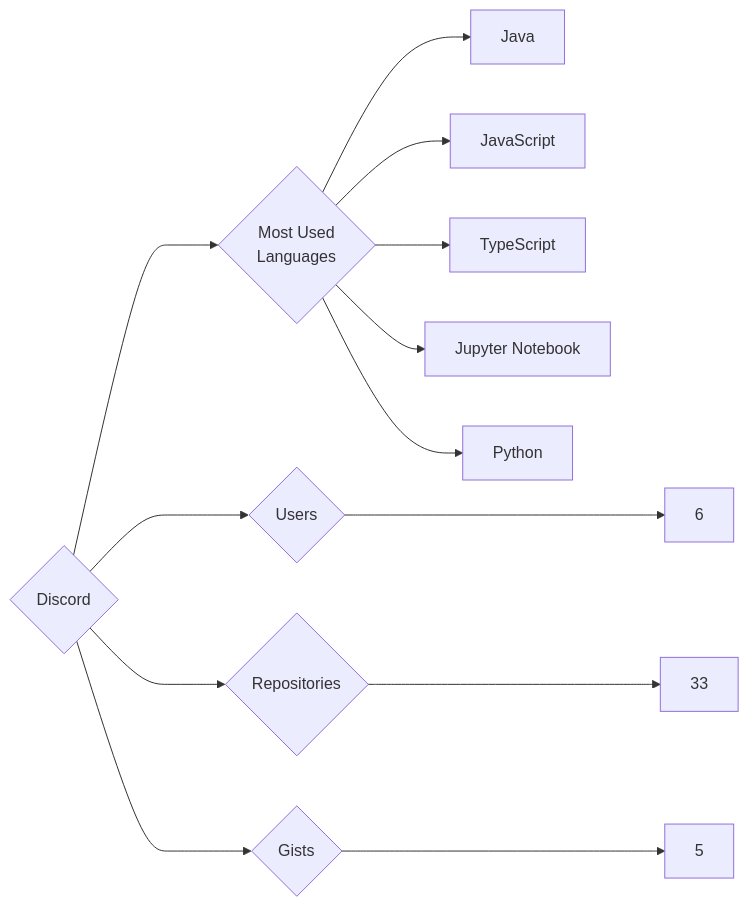
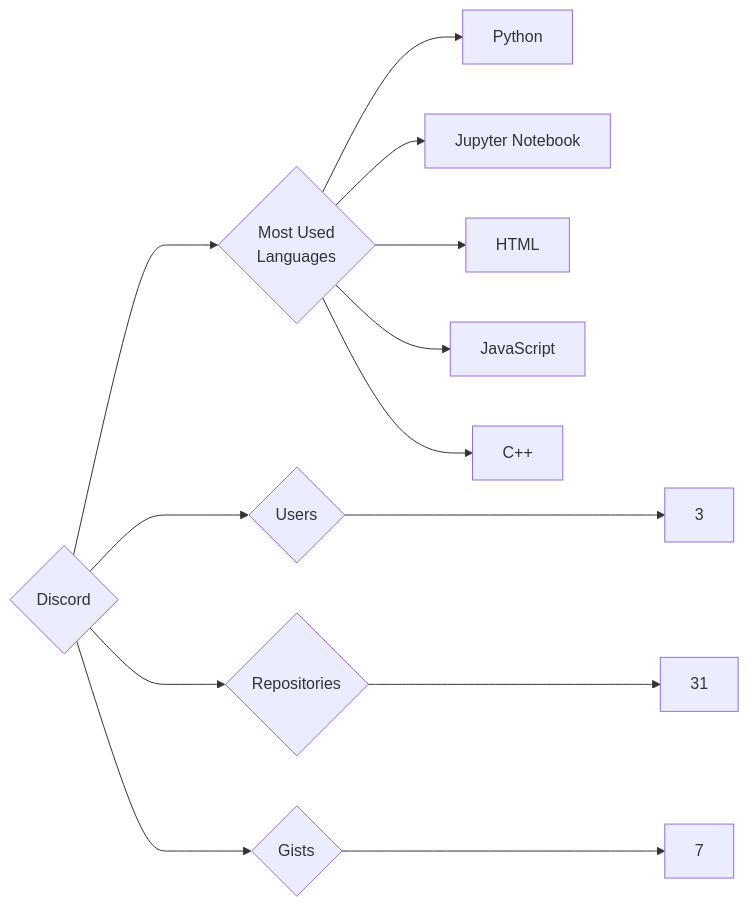
The diagram in targets/Discord/README.md (trickest/insiders), drawn with Mermaid before and after one commit. The commit also changed 1088 other files, not shown here.

````diff
--- a/targets/Discord/README.md
+++ b/targets/Discord/README.md
@@ -3,13 +3,13 @@
 ```mermaid
 graph LR
 COMPANY_NAME{Discord}
-COMPANY_NAME ---> U{Users} ---> UN[6]
-COMPANY_NAME ---> R{Repositories} ---> RN[33]
-COMPANY_NAME ---> G{Gists} ---> GN[5]
+COMPANY_NAME ---> U{Users} ---> UN[3]
+COMPANY_NAME ---> R{Repositories} ---> RN[31]
+COMPANY_NAME ---> G{Gists} ---> GN[7]
 COMPANY_NAME ---> ML{Most Used<br>Languages}
-ML --> Java[Java]
+ML --> Python[Python]
+ML --> Jupyter_Notebook[Jupyter Notebook]
+ML --> HTML[HTML]
 ML --> JavaScript[JavaScript]
-ML --> TypeScript[TypeScript]
-ML --> Jupyter_Notebook[Jupyter Notebook]
-ML --> Python[Python]
+ML --> C++[C++]
 ```
````
